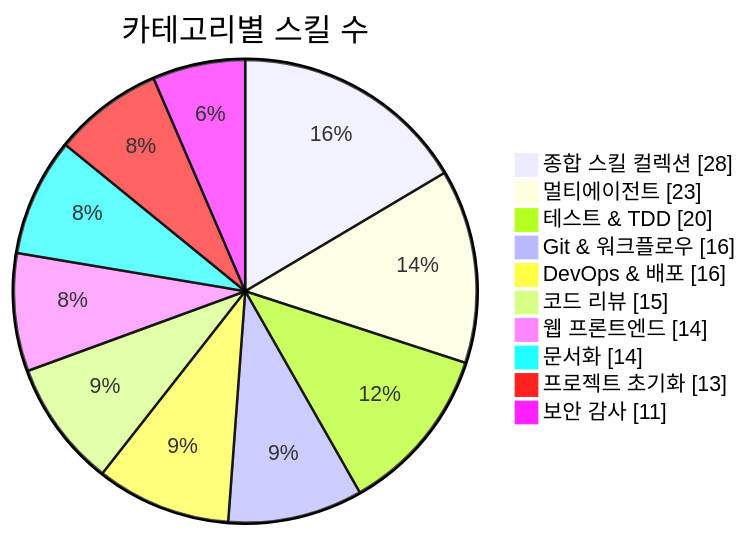
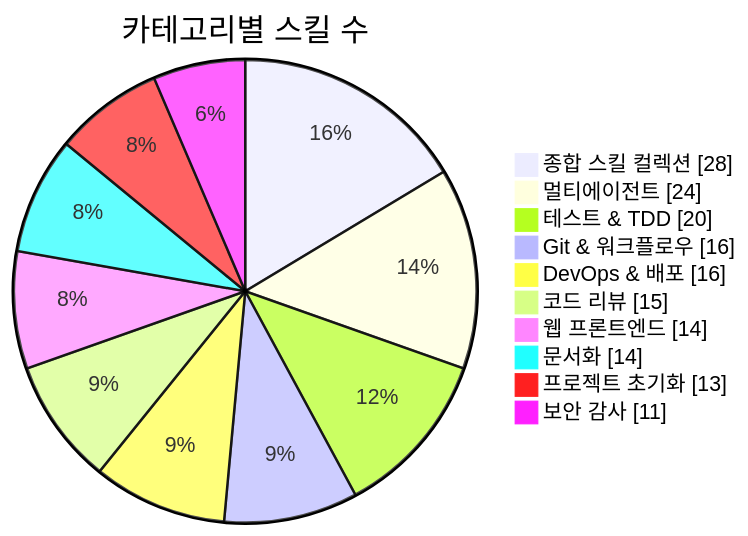
The first of 3 diagrams in README.md (J-nowcow/awesome-korean-agent-skills), drawn with Mermaid before and after one commit. The commit also changed other lines of this file and 4 other files, not shown here.

````diff
--- a/README.md
+++ b/README.md
@@ -176,14 +176,14 @@
 ```mermaid
 pie showData
     title 카테고리별 스킬 수
     "종합 스킬 컬렉션" : 28
-    "멀티에이전트" : 23
+    "멀티에이전트" : 24
     "테스트 & TDD" : 20
     "Git & 워크플로우" : 16
     "DevOps & 배포" : 16
     "코드 리뷰" : 15
     "웹 프론트엔드" : 14
     "문서화" : 14
     "프로젝트 초기화" : 13
     "보안 감사" : 11
 ```
````
